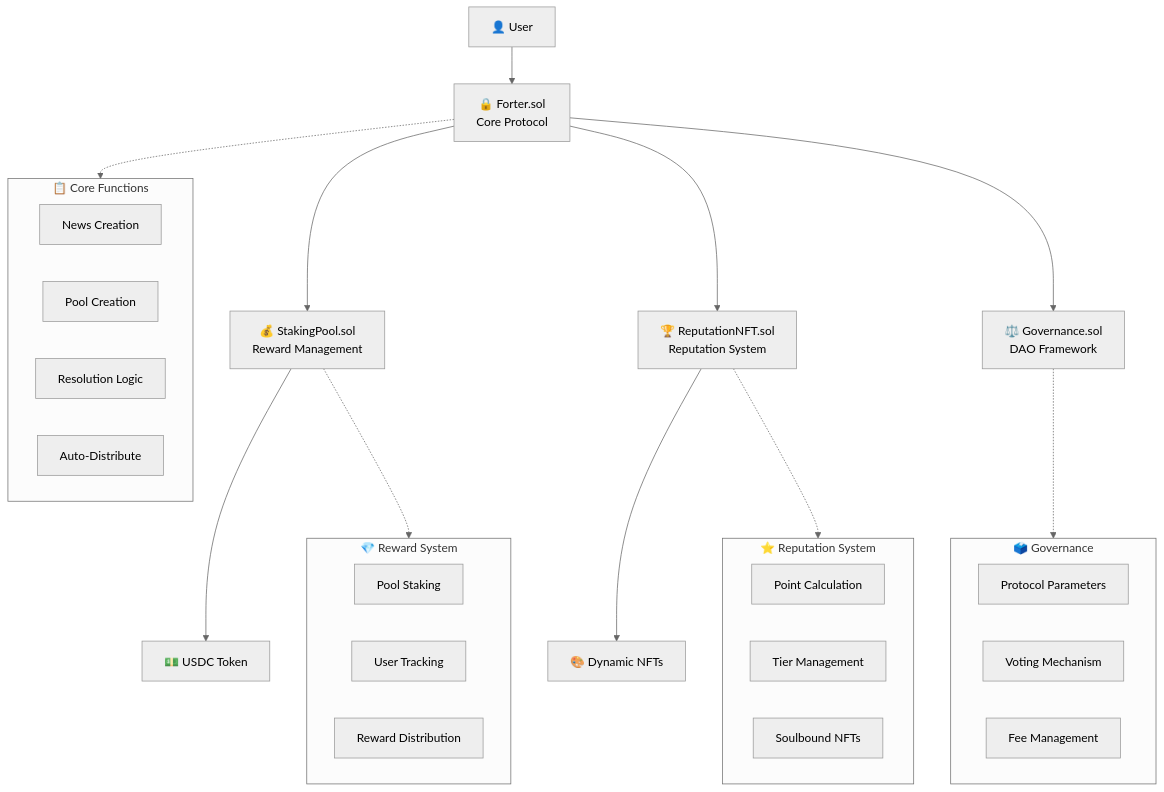
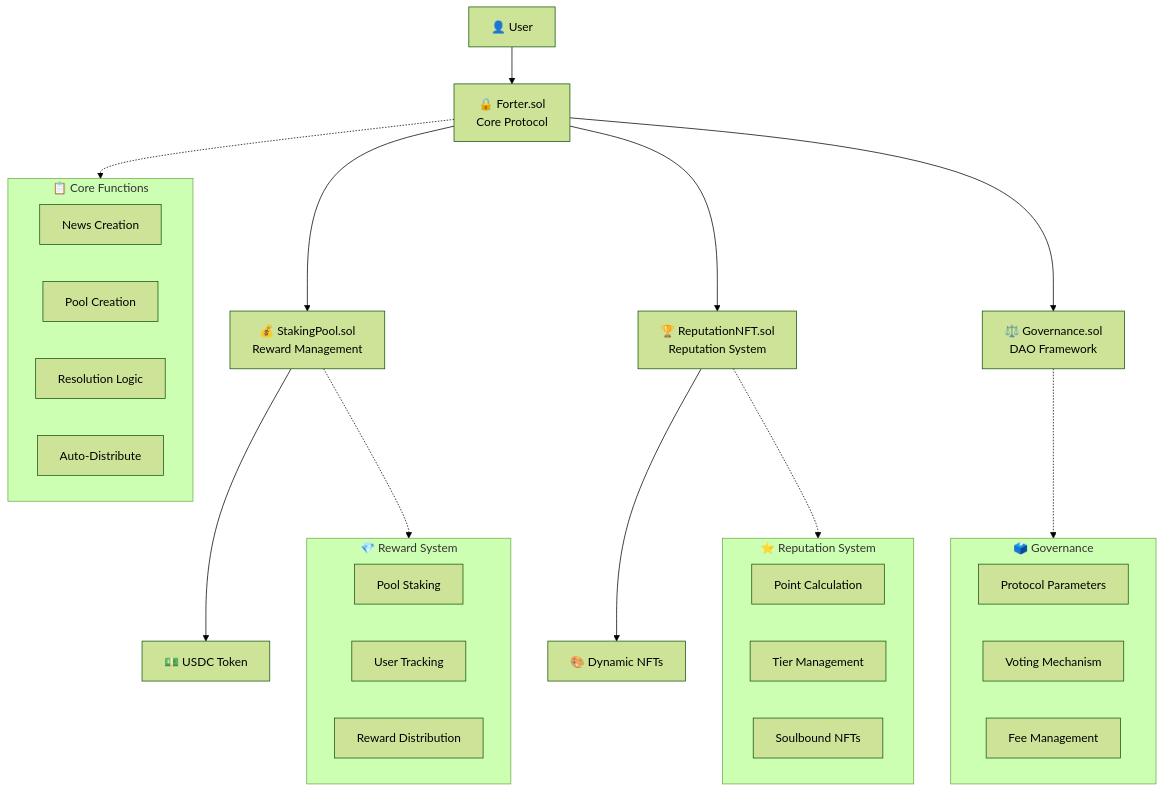
The first of 2 diagrams in README.MD (luthfidi/forter-news), drawn with Mermaid before and after one commit.

Commit message:
fix mermaid forest theme

````diff
--- a/README.MD
+++ b/README.MD
@@ -178,41 +178,41 @@
 ```mermaid
-%%{init: {'theme': 'neutral'}}%%
+%%{init: {'theme': 'forest'}}%%
 graph TB
     User[👤 User] --> Forter[🔒 Forter.sol<br/>Core Protocol]
     Forter --> StakingPool[💰 StakingPool.sol<br/>Reward Management]
     Forter --> ReputationNFT[🏆 ReputationNFT.sol<br/>Reputation System]
     Forter --> Governance[⚖️ Governance.sol<br/>DAO Framework]
 
     StakingPool --> USDC[💵 USDC Token]
     ReputationNFT --> NFTs[🎨 Dynamic NFTs]
 
     subgraph CoreFunctions ["📋 Core Functions"]
         NewsCreation[News Creation]
         PoolCreation[Pool Creation]
         ResolutionLogic[Resolution Logic]
         AutoDistribute[Auto-Distribute]
     end
 
     subgraph RewardSystem ["💎 Reward System"]
         PoolStaking[Pool Staking]
         UserTracking[User Tracking]
         RewardDistribution[Reward Distribution]
     end
 
     subgraph ReputationSystem ["⭐ Reputation System"]
         PointCalculation[Point Calculation]
         TierManagement[Tier Management]
         SoulboundNFTs[Soulbound NFTs]
     end
 
     subgraph GovernanceSystem ["🗳️ Governance"]
         ProtocolParams[Protocol Parameters]
         VotingMechanism[Voting Mechanism]
         FeeManagement[Fee Management]
     end
 
     Forter -.-> CoreFunctions
     StakingPool -.-> RewardSystem
     ReputationNFT -.-> ReputationSystem
     Governance -.-> GovernanceSystem
 ```
````
